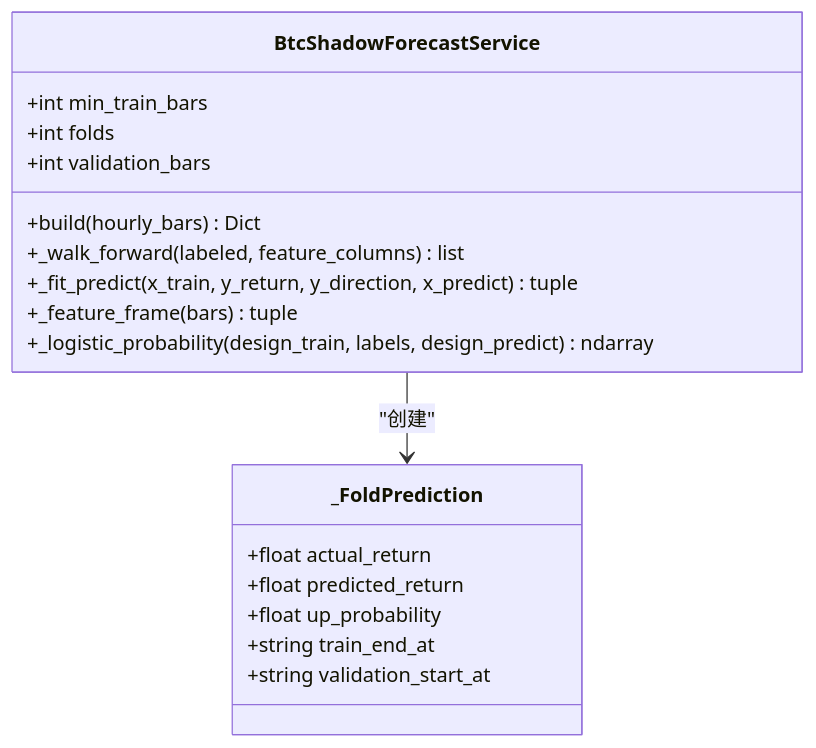
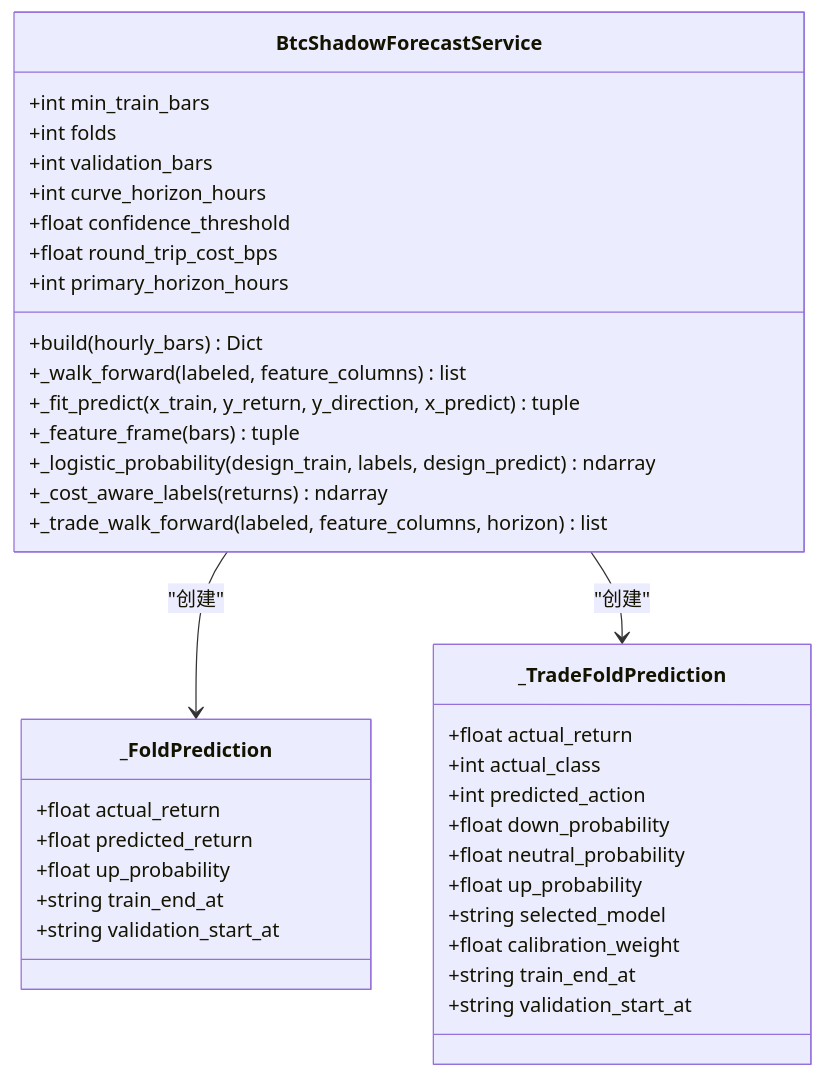
One commit to anYaoooo/daily_stock_analysis changed the fourth of 15 diagrams in .qoder/repowiki/zh/content/API参考文档/加密货币交易API.md. Above: the diagram before and after it, drawn with Mermaid. The commit also changed other lines of this file and 39 other files, not shown here.

````diff
--- a/.qoder/repowiki/zh/content/API参考文档/加密货币交易API.md
+++ b/.qoder/repowiki/zh/content/API参考文档/加密货币交易API.md
@@ -218,21 +231,40 @@
 ```mermaid
 classDiagram
 class BtcShadowForecastService {
 +int min_train_bars
 +int folds
 +int validation_bars
++int curve_horizon_hours
++float confidence_threshold
++float round_trip_cost_bps
++int primary_horizon_hours
 +build(hourly_bars) Dict
 +_walk_forward(labeled, feature_columns) list
 +_fit_predict(x_train, y_return, y_direction, x_predict) tuple
 +_feature_frame(bars) tuple
 +_logistic_probability(design_train, labels, design_predict) ndarray
++_cost_aware_labels(returns) ndarray
++_trade_walk_forward(labeled, feature_columns, horizon) list
 }
 class _FoldPrediction {
 +float actual_return
 +float predicted_return
 +float up_probability
 +string train_end_at
 +string validation_start_at
 }
+class _TradeFoldPrediction {
++float actual_return
++int actual_class
++int predicted_action
++float down_probability
++float neutral_probability
++float up_probability
++string selected_model
++float calibration_weight
++string train_end_at
++string validation_start_at
+}
 BtcShadowForecastService --> _FoldPrediction : "创建"
+BtcShadowForecastService --> _TradeFoldPrediction : "创建"
 ```
````
